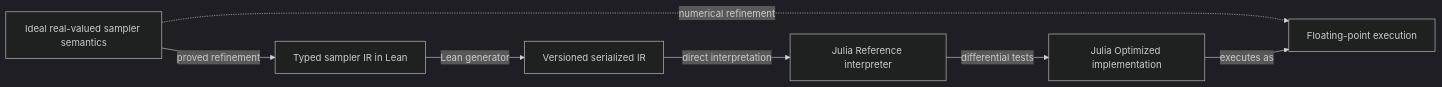
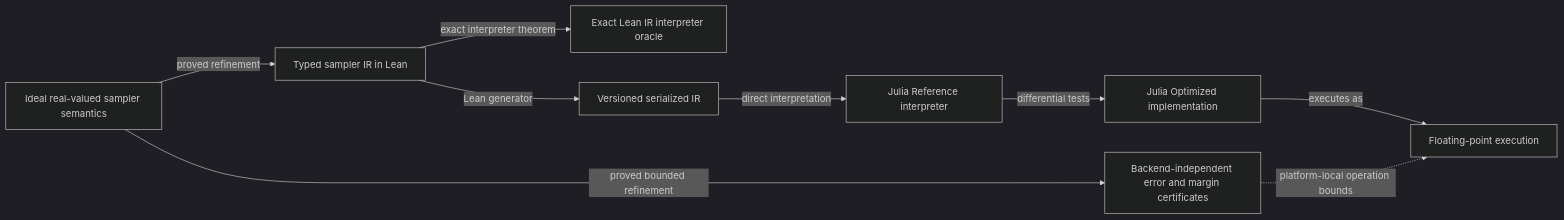
Before and after one commit to xukai92/mcmc-lean: the second of 2 diagrams in docs/generated/architecture-graphs.md, drawn with Mermaid (dark theme). The commit also changed other lines of this file and 1 other file, not shown here.

Commit message:
reconcile generated architecture graphs

````diff
--- a/docs/generated/architecture-graphs.md
+++ b/docs/generated/architecture-graphs.md
@@ -57,15 +60,19 @@
 ```mermaid
 flowchart LR
   ideal["Ideal real-valued sampler semantics"]
   typed["Typed sampler IR in Lean"]
+  oracle["Exact Lean IR interpreter oracle"]
   serialized["Versioned serialized IR"]
   reference["Julia Reference interpreter"]
   optimized["Julia Optimized implementation"]
+  bounds["Backend-independent error and margin certificates"]
   float["Floating-point execution"]
   ideal -->|proved refinement| typed
+  typed -->|exact interpreter theorem| oracle
   typed -->|Lean generator| serialized
   serialized -->|direct interpretation| reference
   reference -->|differential tests| optimized
-  ideal -.->|numerical refinement| float
+  ideal -->|proved bounded refinement| bounds
+  bounds -.->|platform-local operation bounds| float
   optimized -->|executes as| float
 ```
````
